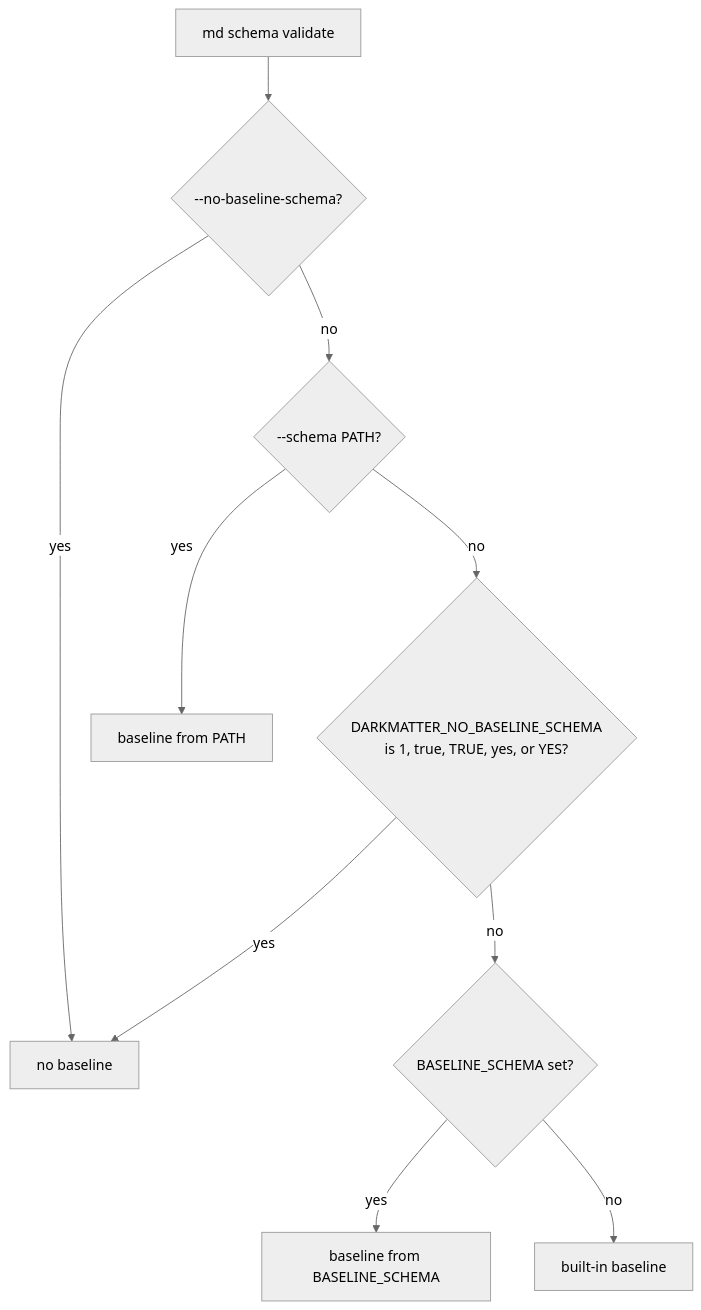
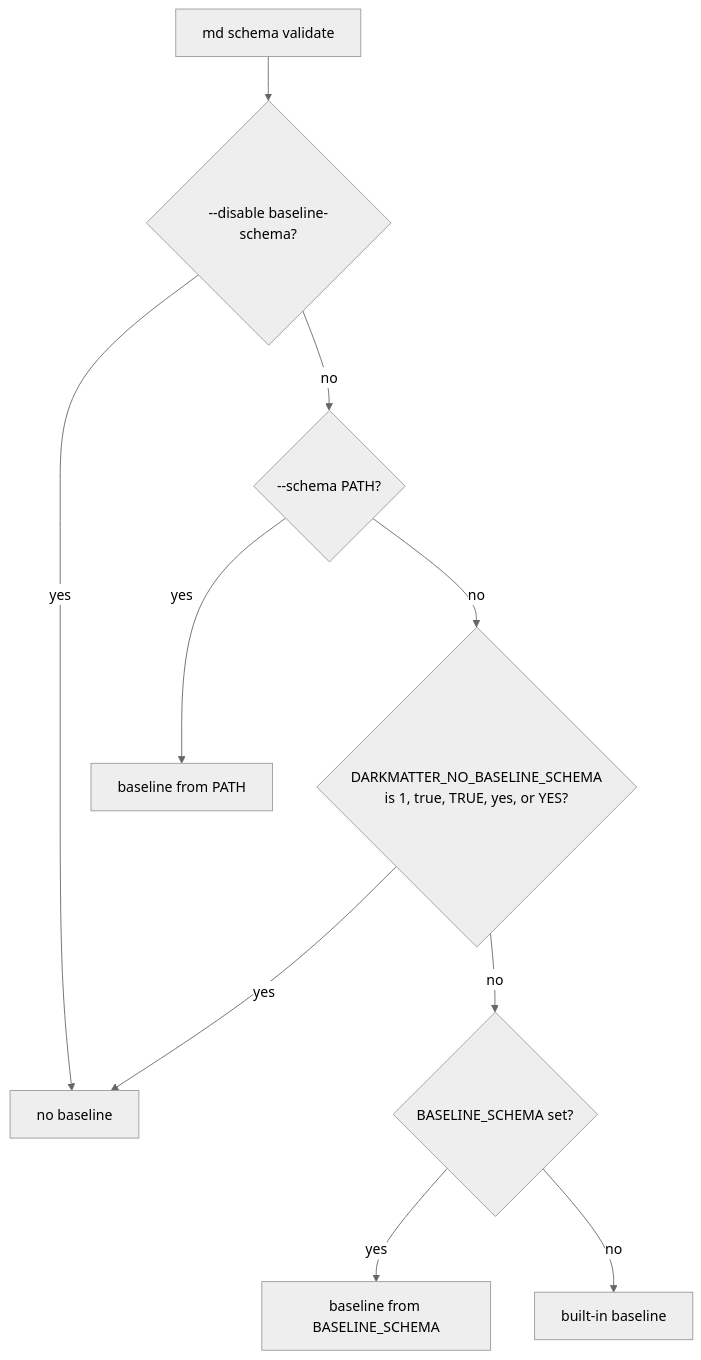
One commit to yankeeinlondon/rusty-biscuit changed the fifth of 10 diagrams in darkmatter/docs/topics/schemas/definition.md. Above: the diagram before and after it, drawn with Mermaid (neutral theme). The commit also changed other lines of this file and 107 other files, not shown here.

````diff
--- a/darkmatter/docs/topics/schemas/definition.md
+++ b/darkmatter/docs/topics/schemas/definition.md
@@ -2687,12 +2687,12 @@
 ```mermaid
 flowchart TD
-    A["md schema validate"] --> B{"--no-baseline-schema?"}
+    A["md schema validate"] --> B{"--disable baseline-schema?"}
     B -- yes --> N["no baseline"]
     B -- no --> C{"--schema PATH?"}
     C -- yes --> P["baseline from PATH"]
     C -- no --> D{"DARKMATTER_NO_BASELINE_SCHEMA<br/>is 1, true, TRUE, yes, or YES?"}
     D -- yes --> N
     D -- no --> E{"BASELINE_SCHEMA set?"}
     E -- yes --> Q["baseline from BASELINE_SCHEMA"]
     E -- no --> F["built-in baseline"]
 ```
````
